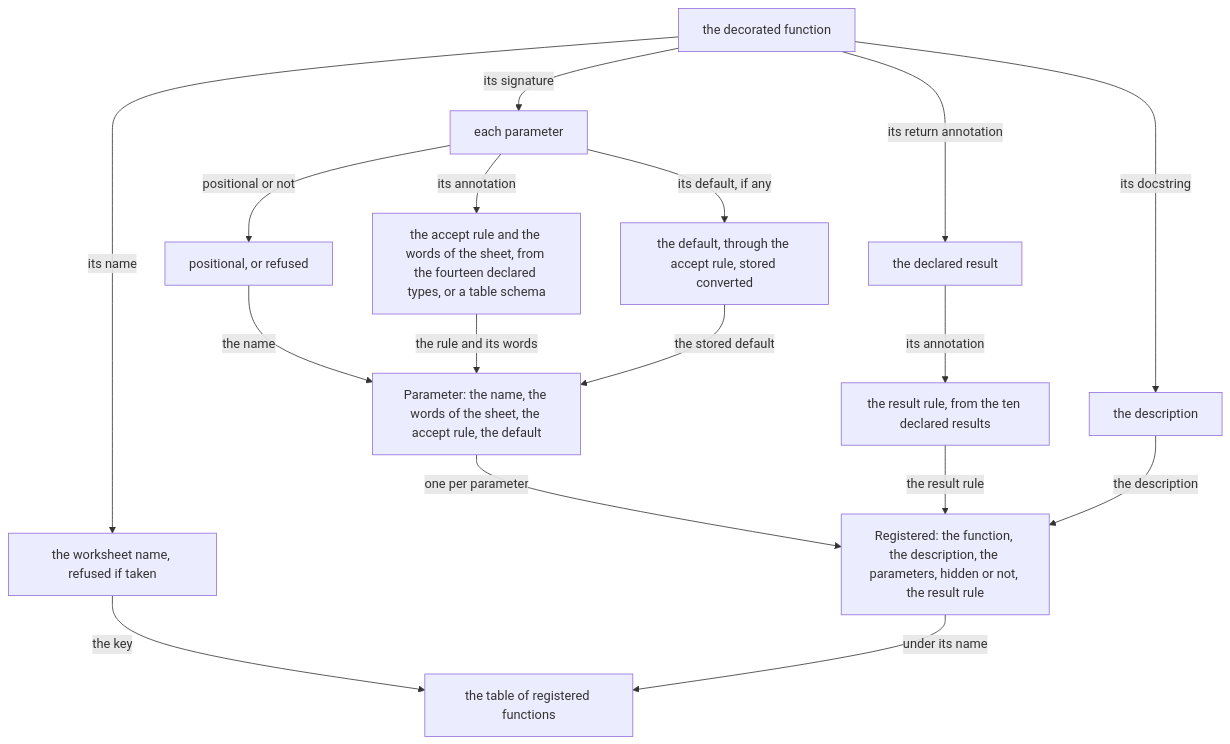
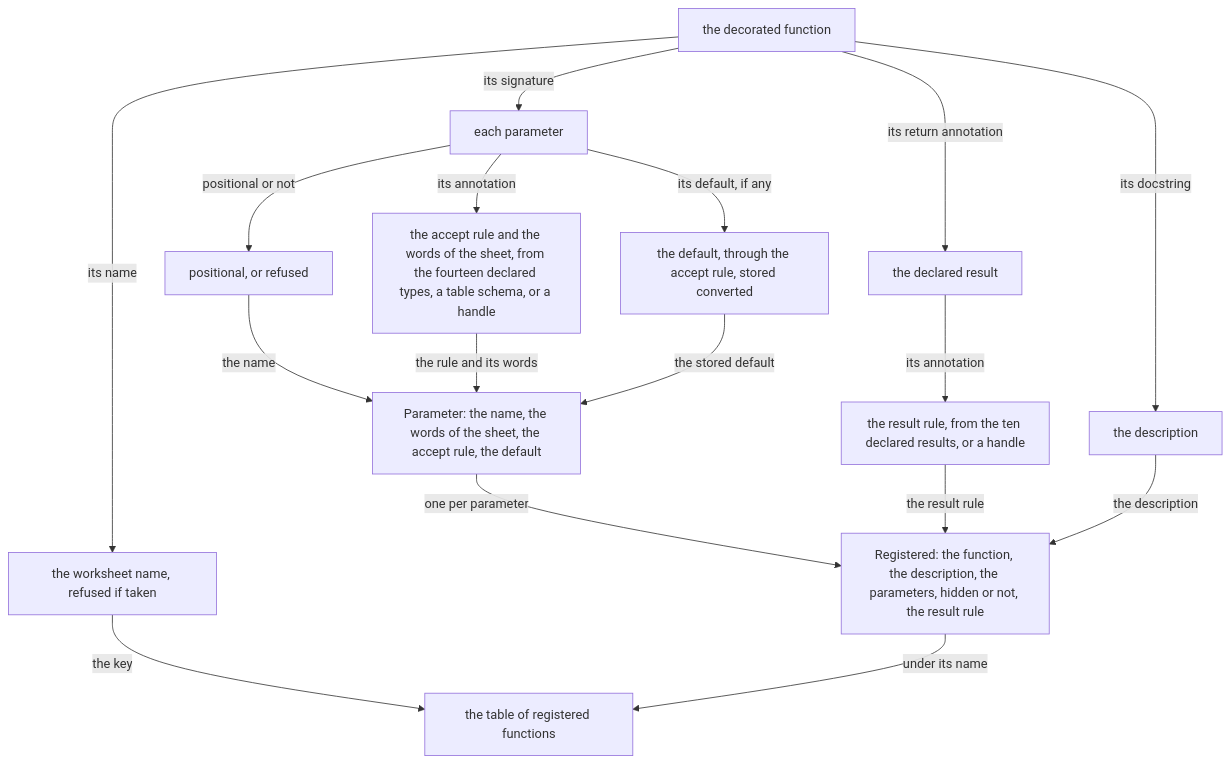
The first of 3 diagrams in docs/seam/bridge.md (gobbles404/catalyst), drawn with Mermaid before and after one commit. The commit also changed other lines of this file and 34 other files, not shown here.

````diff
--- a/docs/seam/bridge.md
+++ b/docs/seam/bridge.md
@@ -53,19 +54,19 @@
 ```mermaid
 flowchart TD
   Fn["the decorated function"] -->|"its name"| Name["the worksheet name, refused if taken"]
   Fn -->|"its signature"| Param["each parameter"]
   Fn -->|"its return annotation"| Result["the declared result"]
   Fn -->|"its docstring"| Desc["the description"]
   Param -->|"positional or not"| Positional["positional, or refused"]
-  Param -->|"its annotation"| Accept["the accept rule and the words of the sheet, from the fourteen declared types, or a table schema"]
+  Param -->|"its annotation"| Accept["the accept rule and the words of the sheet, from the fourteen declared types, a table schema, or a handle"]
   Param -->|"its default, if any"| Default["the default, through the accept rule, stored converted"]
-  Result -->|"its annotation"| Convert["the result rule, from the ten declared results"]
+  Result -->|"its annotation"| Convert["the result rule, from the ten declared results, or a handle"]
   Positional -->|"the name"| Parameter["Parameter: the name, the words of the sheet, the accept rule, the default"]
   Accept -->|"the rule and its words"| Parameter
   Default -->|"the stored default"| Parameter
   Parameter -->|"one per parameter"| Registered["Registered: the function, the description, the parameters, hidden or not, the result rule"]
   Convert -->|"the result rule"| Registered
   Desc -->|"the description"| Registered
   Name -->|"the key"| Table["the table of registered functions"]
   Registered -->|"under its name"| Table
 ```
````
